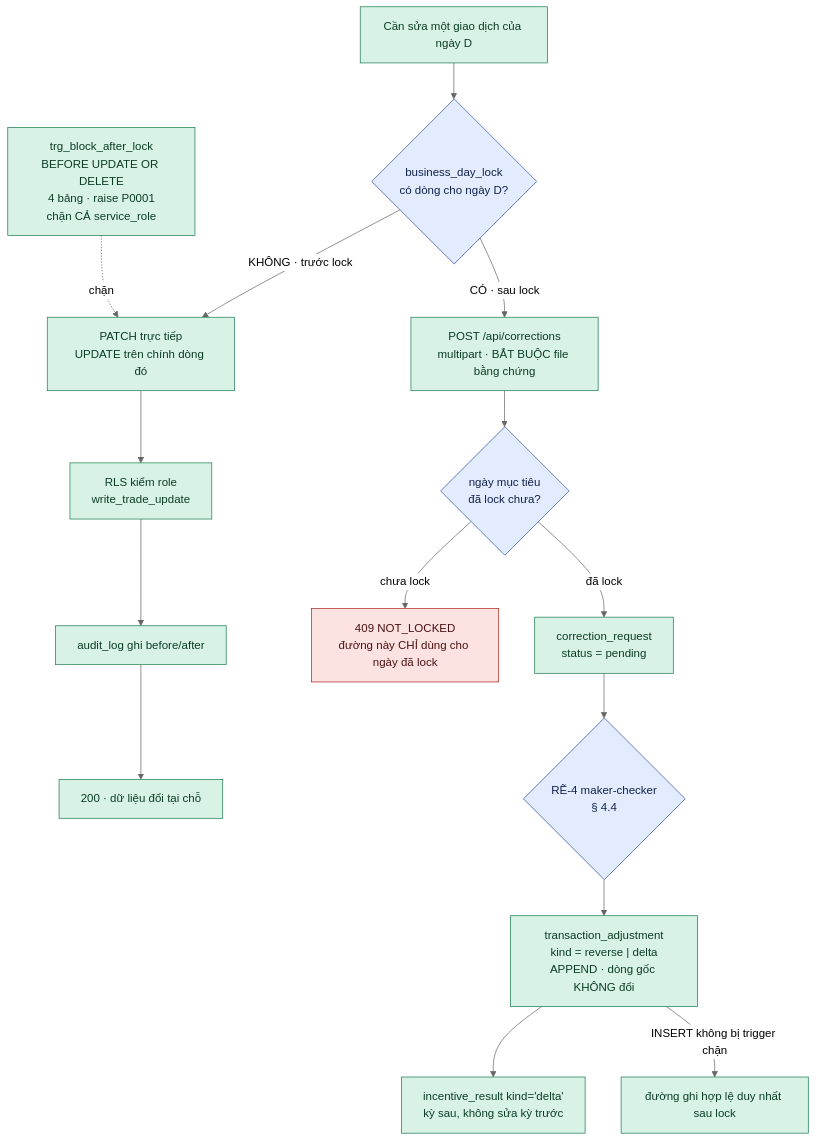
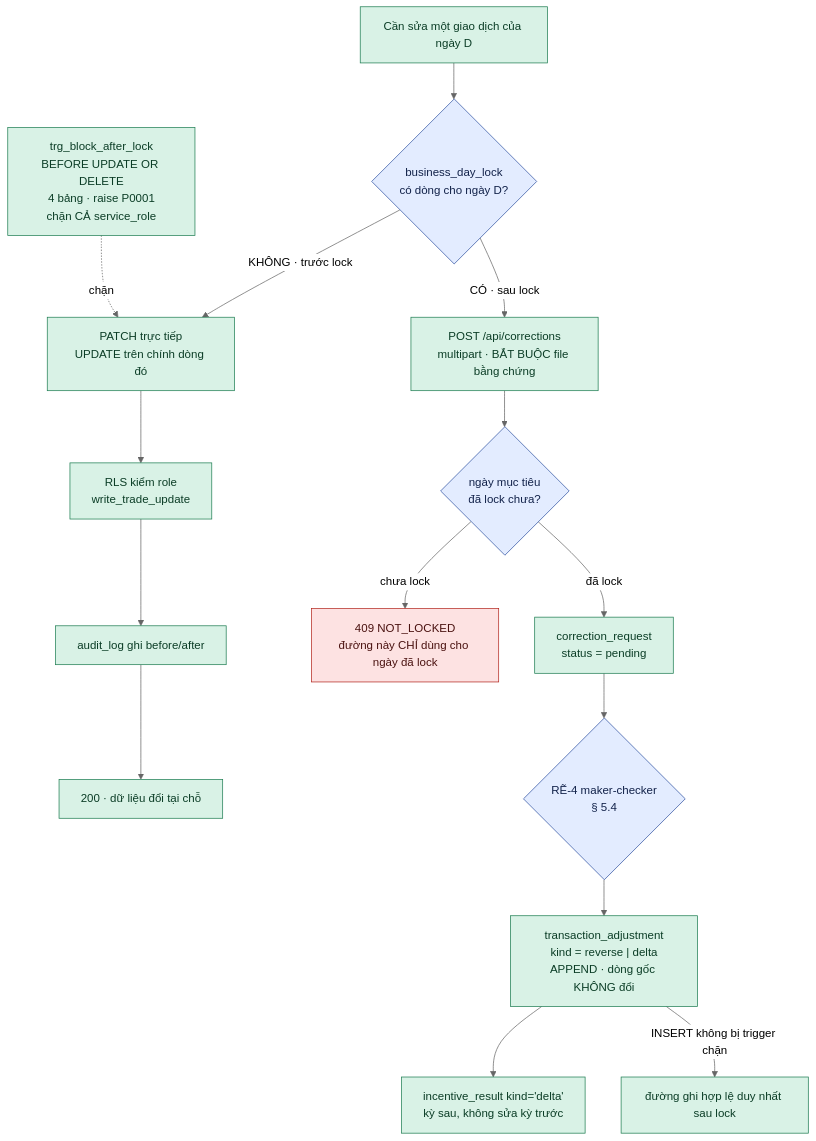
Before and after one commit to chienpv-3590/sakura-market: diagram 11 of 14 in docs/lab4/20-architecture-design.md, drawn with Mermaid (neutral theme). The commit also changed other lines of this file and 2 other files, not shown here.

````diff
--- a/docs/lab4/20-architecture-design.md
+++ b/docs/lab4/20-architecture-design.md
@@ -480,29 +809,29 @@
 ```mermaid
 flowchart TB
   START["Cần sửa một giao dịch của ngày D"]
   START --> Q{"business_day_lock<br/>có dòng cho ngày D?"}
 
   Q -->|"KHÔNG · trước lock"| P1["PATCH trực tiếp<br/>UPDATE trên chính dòng đó"]
   P1 --> P1a["RLS kiểm role<br/>write_trade_update"]
   P1a --> P1b["audit_log ghi before/after"]
   P1b --> P1c["200 · dữ liệu đổi tại chỗ"]
 
   Q -->|"CÓ · sau lock"| P2["POST /api/corrections<br/>multipart · BẮT BUỘC file bằng chứng"]
   P2 --> P2a{"ngày mục tiêu<br/>đã lock chưa?"}
   P2a -->|"chưa lock"| P2x["409 NOT_LOCKED<br/>đường này CHỈ dùng cho ngày đã lock"]
   P2a -->|"đã lock"| P2b["correction_request<br/>status = pending"]
-  P2b --> P2c{"RẼ-4 maker-checker<br/>§ 4.4"}
+  P2b --> P2c{"RẼ-4 maker-checker<br/>§ 5.4"}
   P2c --> P2d["transaction_adjustment<br/>kind = reverse | delta<br/>APPEND · dòng gốc KHÔNG đổi"]
   P2d --> P2e["incentive_result kind='delta'<br/>kỳ sau, không sửa kỳ trước"]
 
   BLOCK["trg_block_after_lock<br/>BEFORE UPDATE OR DELETE<br/>4 bảng · raise P0001<br/>chặn CẢ service_role"]
   BLOCK -.->|"chặn"| P1
   P2d -->|"INSERT không bị trigger chặn"| OK["đường ghi hợp lệ duy nhất sau lock"]
 
   classDef built fill:#d9f2e6,stroke:#1e7d52,color:#0b3d26
   classDef fork fill:#e3ecff,stroke:#2f52a0,color:#12224a
   classDef err fill:#fde2e2,stroke:#b3261e,color:#4a1210
   class START,P1,P1a,P1b,P1c,P2,P2b,P2d,P2e,BLOCK,OK built
   class Q,P2a,P2c fork
   class P2x err
 ```
````
